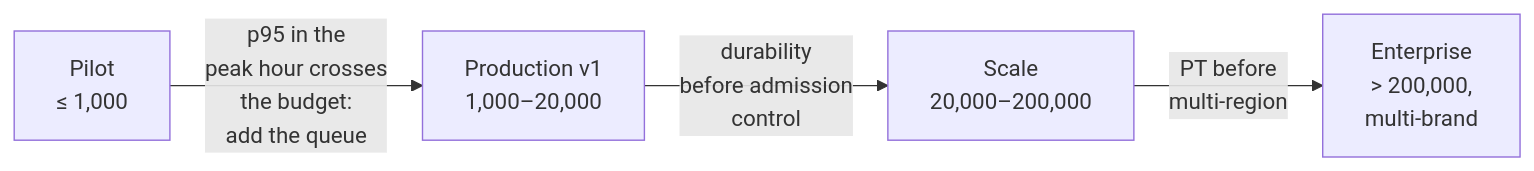
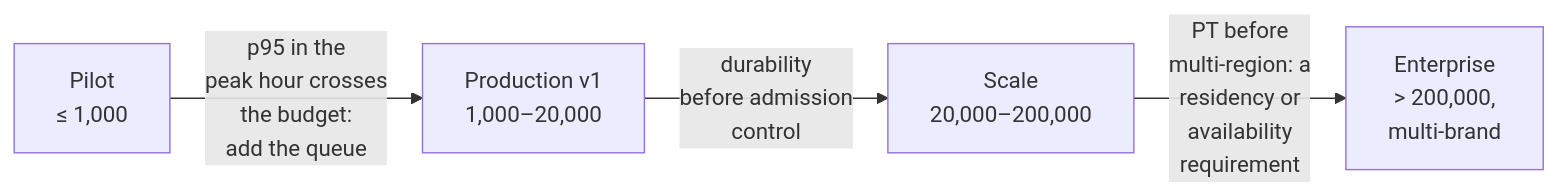
Before and after one commit to aniryou/full-stack-agentic-engineer: the third of 3 diagrams in 06-gateway/scaling-admission-cost/agentic-scaling-lab/docs/01-scaling-primer.md, drawn with Mermaid. The commit also changed other lines of this file and 340 other files, not shown here.

````diff
--- a/06-gateway/scaling-admission-cost/agentic-scaling-lab/docs/01-scaling-primer.md
+++ b/06-gateway/scaling-admission-cost/agentic-scaling-lab/docs/01-scaling-primer.md
@@ -625,6 +625,6 @@
 ```mermaid
 flowchart LR
     P["Pilot<br/>≤ 1,000"] -- "p95 in the<br/>peak hour crosses<br/>the budget:<br/>add the queue" --> V1["Production v1<br/>1,000–20,000"]
     V1 -- "durability<br/>before admission<br/>control" --> S["Scale<br/>20,000–200,000"]
-    S -- "PT before<br/>multi-region" --> E["Enterprise<br/>> 200,000,<br/>multi-brand"]
+    S -- "PT before<br/>multi-region: a<br/>residency or<br/>availability<br/>requirement" --> E["Enterprise<br/>> 200,000,<br/>multi-brand"]
 ```
````
